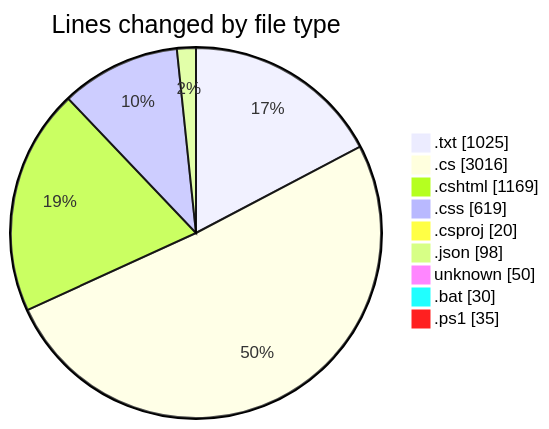
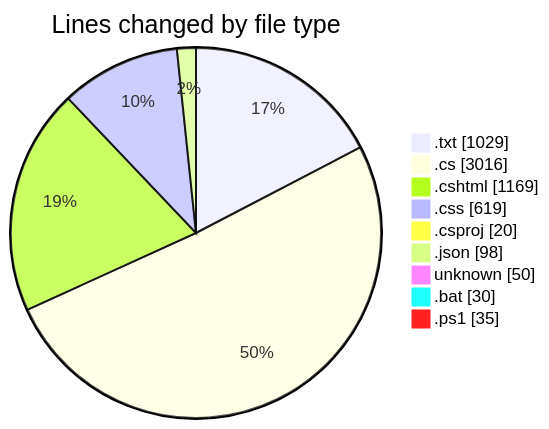
One commit to lephambinh05/code-tracking changed the first of 2 diagrams in 2025-07-26/quanlyrapchieuphim-1/README.md. Above: the diagram before and after it, drawn with Mermaid. The commit also changed other lines of this file and 1 other file, not shown here.

````diff
--- a/2025-07-26/quanlyrapchieuphim-1/README.md
+++ b/2025-07-26/quanlyrapchieuphim-1/README.md
@@ -37,13 +37,13 @@
 ```mermaid
 pie showData
 title Lines changed by file type
-".txt" : 1025
+".txt" : 1029
 ".cs" : 3016
 ".cshtml" : 1169
 ".css" : 619
 ".csproj" : 20
 ".json" : 98
 "unknown" : 50
 ".bat" : 30
 ".ps1" : 35
 ```
````
